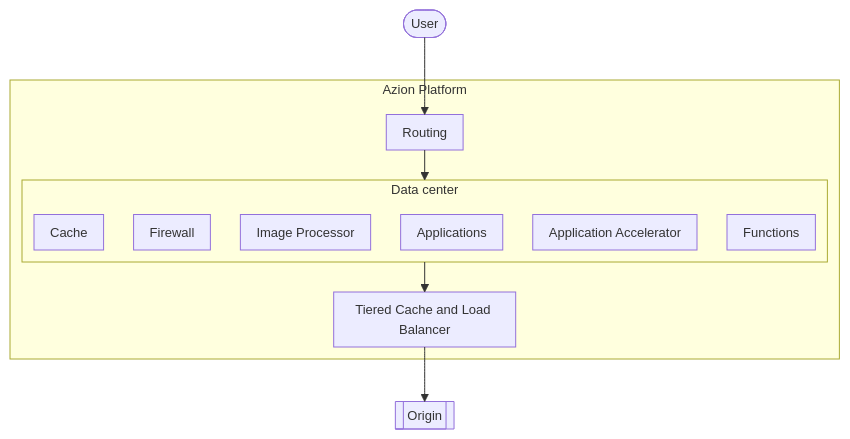
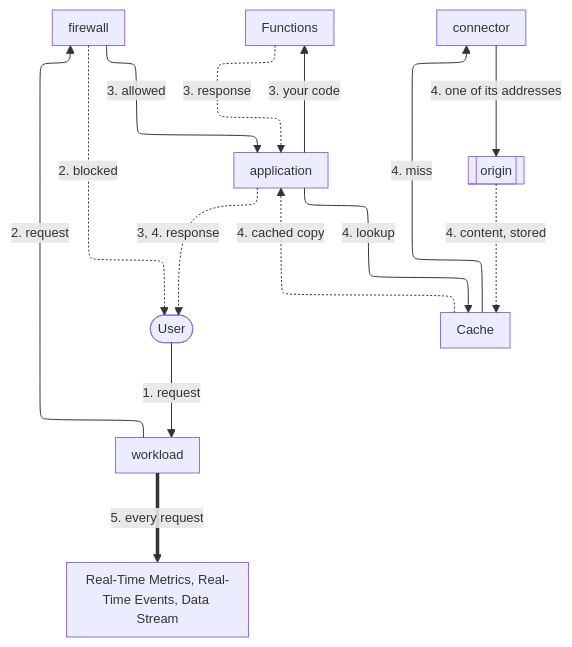
The diagram in apps/docs/src/content/docs/en/pages/main-menu/get-started/azion-platform-overview.mdx (aziontech/docs), drawn with Mermaid before and after one commit. The commit also changed other lines of this file and 1 other file, not shown here.

Commit message:
docs(fundamentals): redraw the request path in How Azion works
The request path diagram drew six unconnected nodes inside a data center
subgraph, so it rendered tiny and showed neither the workload nor the
way back. It now follows the use-case convention: top to bottom, the
workload first, dotted return arrows, numbered labels that match the
steps under it.

Also rewords the opening sentence, the Our Network link (the page does
not list data centers), the standalone resources table row, and the
What you can build intro, in English and Portuguese.

Also moves the custom page set from the Application row to the Workload
row, because the workload deployment names it, and phrases the
Standalone resources row like the other rows.

````diff
--- a/apps/docs/src/content/docs/en/pages/main-menu/get-started/azion-platform-overview.mdx
+++ b/apps/docs/src/content/docs/en/pages/main-menu/get-started/azion-platform-overview.mdx
@@ -31,18 +31,26 @@
 ```mermaid
-%%{init: {"layout": "elk", "themeVariables": {"fontSize": "13px"}, "flowchart": {"nodeSpacing": 24, "rankSpacing": 36, "padding": 8, "wrappingWidth": 150, "useMaxWidth": true}, "sequence": {"width": 120, "actorMargin": 30, "useMaxWidth": true}}}%%
+%%{init: {"layout": "elk", "elk": {"preset": "modelOrder", "keepEntryNodeOnTop": true, "cycleBreakingStrategy": "MODEL_ORDER"}, "themeVariables": {"fontSize": "13px"}, "flowchart": {"nodeSpacing": 24, "rankSpacing": 36, "padding": 8, "wrappingWidth": 150, "useMaxWidth": true}, "sequence": {"width": 120, "actorMargin": 30, "useMaxWidth": true}}}%%
 flowchart TD
-  user([User]) --> routing[Routing]
-  subgraph platform [Azion Platform]
-    routing --> dc
-    subgraph dc [Data center]
-      firewall[Firewall]
-      applications[Applications]
-      cache[Cache]
-      accelerator[Application Accelerator]
-      functions[Functions]
-      image[Image Processor]
-    end
-    dc --> delivery[Tiered Cache and Load Balancer]
-  end
-  delivery --> origin[[Origin]]
+  User(["User"])
+  Workload["workload"]
+  Firewall["firewall"]
+  App["application"]
+  Functions["Functions"]
+  Cache["Cache"]
+  Conn["connector"]
+  Origin[["origin"]]
+  Observe["Real-Time Metrics, Real-Time Events, Data Stream"]
+  User -->|"1. request"| Workload
+  Workload -->|"2. request"| Firewall
+  Firewall -->|"3. allowed"| App
+  App -->|"3. your code"| Functions
+  App -->|"4. lookup"| Cache
+  Cache -->|"4. miss"| Conn
+  Conn -->|"4. one of its addresses"| Origin
+  Firewall -.->|"2. blocked"| User
+  Functions -.->|"3. response"| App
+  Origin -.->|"4. content, stored"| Cache
+  Cache -.->|"4. cached copy"| App
+  App -.->|"3, 4. response"| User
+  Workload ==>|"5. every request"| Observe
 ```
````
